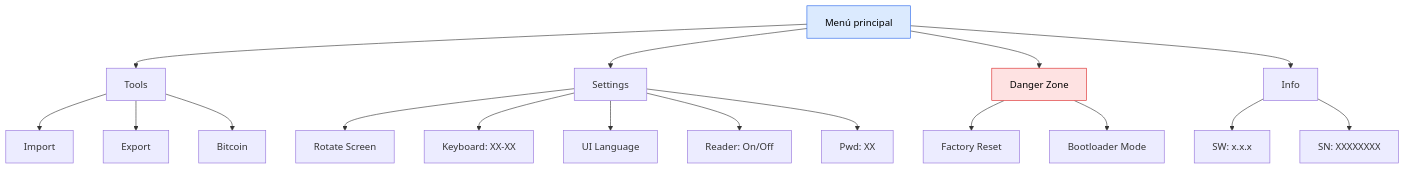
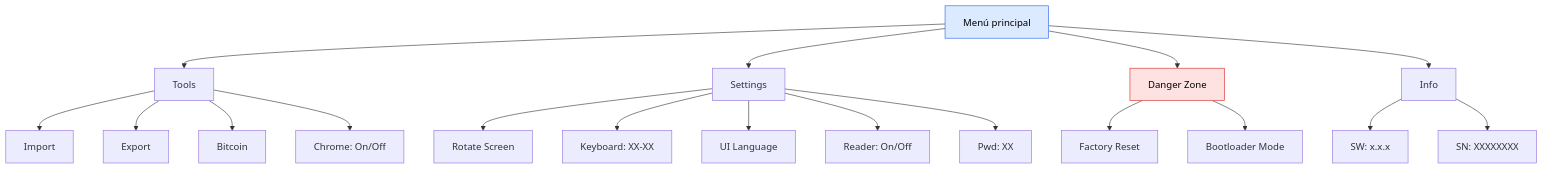
The first of 3 diagrams in es/firmware/menu.mdx (Depbit-lab/docsZerokeyUSB), drawn with Mermaid before and after one commit. The commit also changed other lines of this file and 10 other files, not shown here.

````diff
--- a/es/firmware/menu.mdx
+++ b/es/firmware/menu.mdx
@@ -15,27 +15,28 @@
 ```mermaid
 graph TD
     ROOT["Menú principal"]
     ROOT --> TOOLS["Tools"]
     ROOT --> SETTINGS["Settings"]
     ROOT --> DANGER["Danger Zone"]
     ROOT --> INFO["Info"]
     
     TOOLS --> IMP["Import"]
     TOOLS --> EXP["Export"]
     TOOLS --> BTC["Bitcoin"]
+    TOOLS --> CHR["Chrome: On/Off"]
     
     SETTINGS --> ROT["Rotate Screen"]
     SETTINGS --> KB["Keyboard: XX-XX"]
     SETTINGS --> UILANG["UI Language"]
     SETTINGS --> READER["Reader: On/Off"]
     SETTINGS --> PWD["Pwd: XX"]
     
     DANGER --> FACTORY["Factory Reset"]
     DANGER --> BOOT["Bootloader Mode"]
     
     INFO --> SW["SW: x.x.x"]
     INFO --> SN["SN: XXXXXXXX"]
     
     style ROOT fill:#dbeafe,stroke:#2563eb,color:#000
     style DANGER fill:#fee2e2,stroke:#dc2626,color:#000
 ```
````
